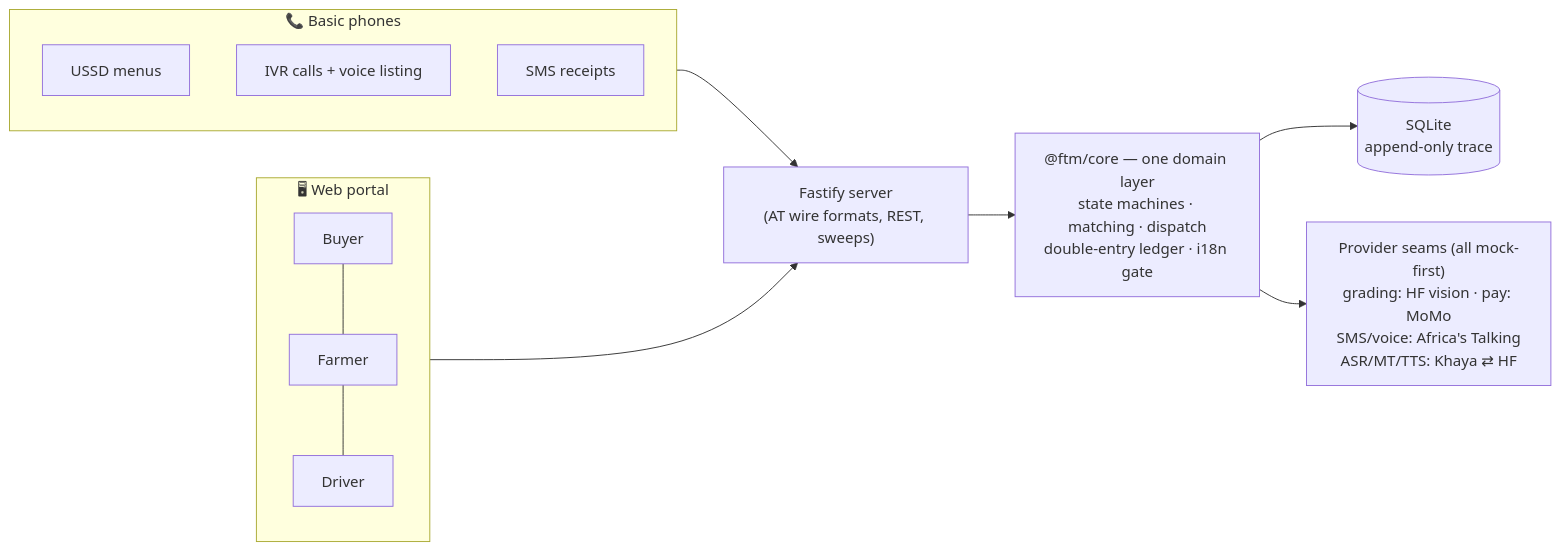
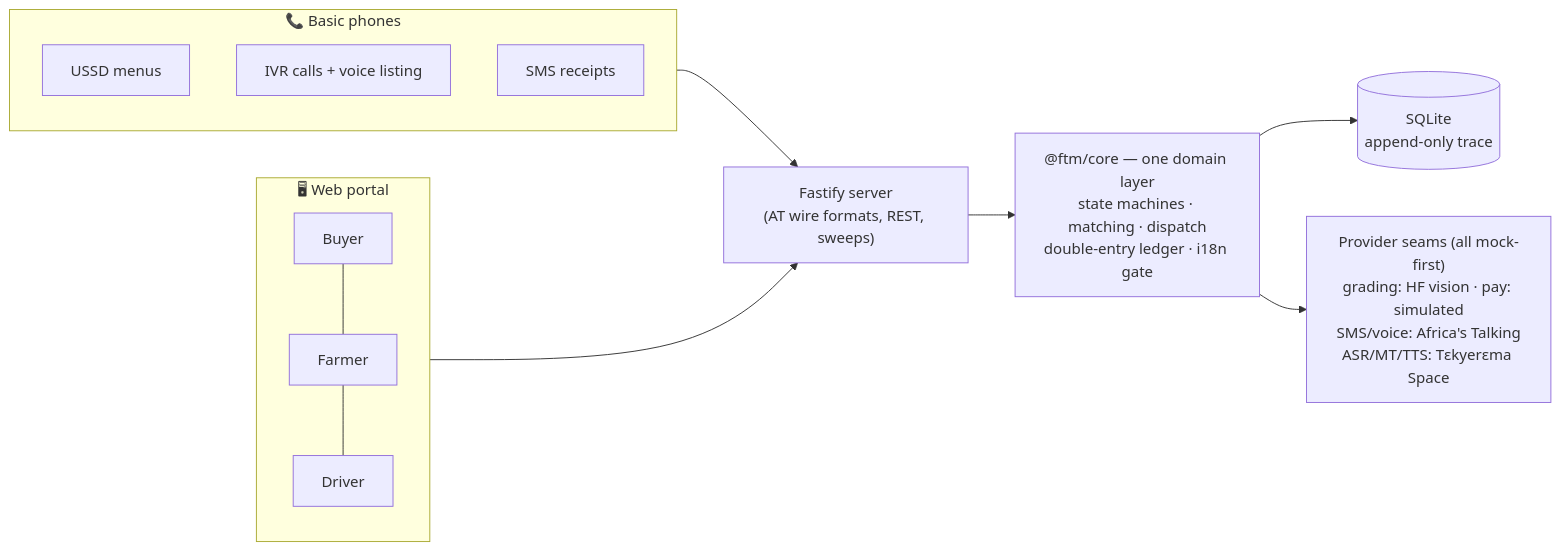
Before and after one commit to NasamuAlhassan/F2M: the diagram in README.md, drawn with Mermaid. The commit also changed other lines of this file and 48 other files, not shown here.

````diff
--- a/README.md
+++ b/README.md
@@ -45,16 +45,16 @@
 ```mermaid
 flowchart LR
     subgraph Phones["📞 Basic phones"]
         USSD["USSD menus"]
         IVR["IVR calls + voice listing"]
         SMS["SMS receipts"]
     end
     subgraph Web["🖥 Web portal"]
         BUY["Buyer"] --- FARM["Farmer"] --- DRV["Driver"]
     end
     Phones --> API["Fastify server<br/>(AT wire formats, REST, sweeps)"]
     Web --> API
     API --> CORE["@ftm/core — one domain layer<br/>state machines · matching · dispatch<br/>double-entry ledger · i18n gate"]
     CORE --> DB[("SQLite<br/>append-only trace")]
-    CORE --> PROV["Provider seams (all mock-first)<br/>grading: HF vision · pay: MoMo<br/>SMS/voice: Africa's Talking<br/>ASR/MT/TTS: Khaya ⇄ HF"]
+    CORE --> PROV["Provider seams (all mock-first)<br/>grading: HF vision · pay: simulated<br/>SMS/voice: Africa's Talking<br/>ASR/MT/TTS: Tɛkyerɛma Space"]
 ```
````
